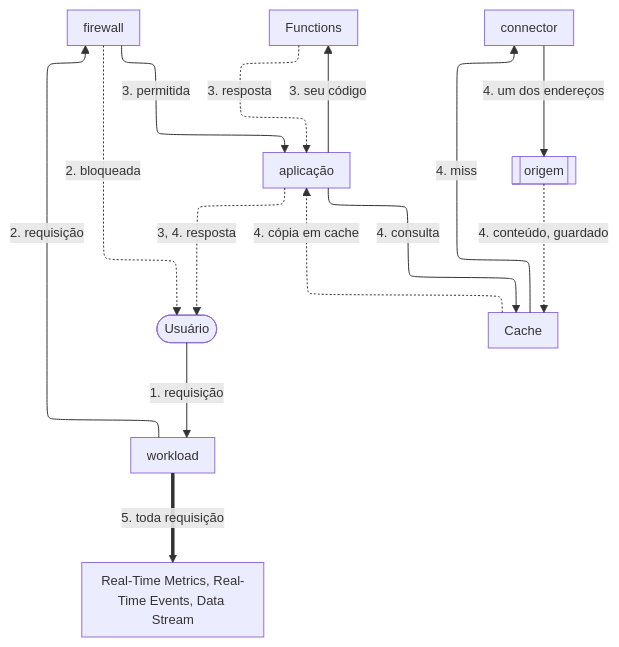
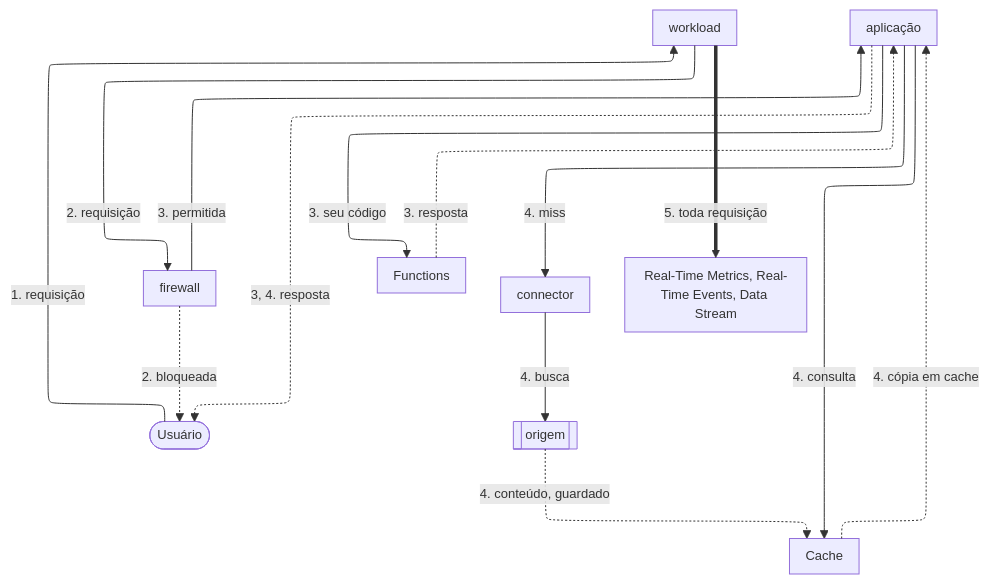
Before and after one commit to aziontech/docs: the diagram in apps/docs/src/content/docs/pt-br/pages/menu-principal/ponto-de-partida/visao-geral-da-azion.mdx, drawn with Mermaid. The commit also changed 26 other files, not shown here.

First line of the commit message:
docs(fundamentals): fix Console labels, the request diagram, and review findings

````diff
--- a/apps/docs/src/content/docs/pt-br/pages/menu-principal/ponto-de-partida/visao-geral-da-azion.mdx
+++ b/apps/docs/src/content/docs/pt-br/pages/menu-principal/ponto-de-partida/visao-geral-da-azion.mdx
@@ -31,26 +31,26 @@
 ```mermaid
 %%{init: {"layout": "elk", "elk": {"preset": "modelOrder", "keepEntryNodeOnTop": true, "cycleBreakingStrategy": "MODEL_ORDER"}, "themeVariables": {"fontSize": "13px"}, "flowchart": {"nodeSpacing": 24, "rankSpacing": 36, "padding": 8, "wrappingWidth": 150, "useMaxWidth": true}, "sequence": {"width": 120, "actorMargin": 30, "useMaxWidth": true}}}%%
 flowchart TD
   User(["Usuário"])
   Workload["workload"]
   Firewall["firewall"]
   App["aplicação"]
   Functions["Functions"]
   Cache["Cache"]
   Conn["connector"]
   Origin[["origem"]]
   Observe["Real-Time Metrics, Real-Time Events, Data Stream"]
   User -->|"1. requisição"| Workload
   Workload -->|"2. requisição"| Firewall
   Firewall -->|"3. permitida"| App
   App -->|"3. seu código"| Functions
   App -->|"4. consulta"| Cache
-  Cache -->|"4. miss"| Conn
-  Conn -->|"4. um dos endereços"| Origin
+  App -->|"4. miss"| Conn
+  Conn -->|"4. busca"| Origin
   Firewall -.->|"2. bloqueada"| User
   Functions -.->|"3. resposta"| App
   Origin -.->|"4. conteúdo, guardado"| Cache
   Cache -.->|"4. cópia em cache"| App
   App -.->|"3, 4. resposta"| User
   Workload ==>|"5. toda requisição"| Observe
 ```
````
